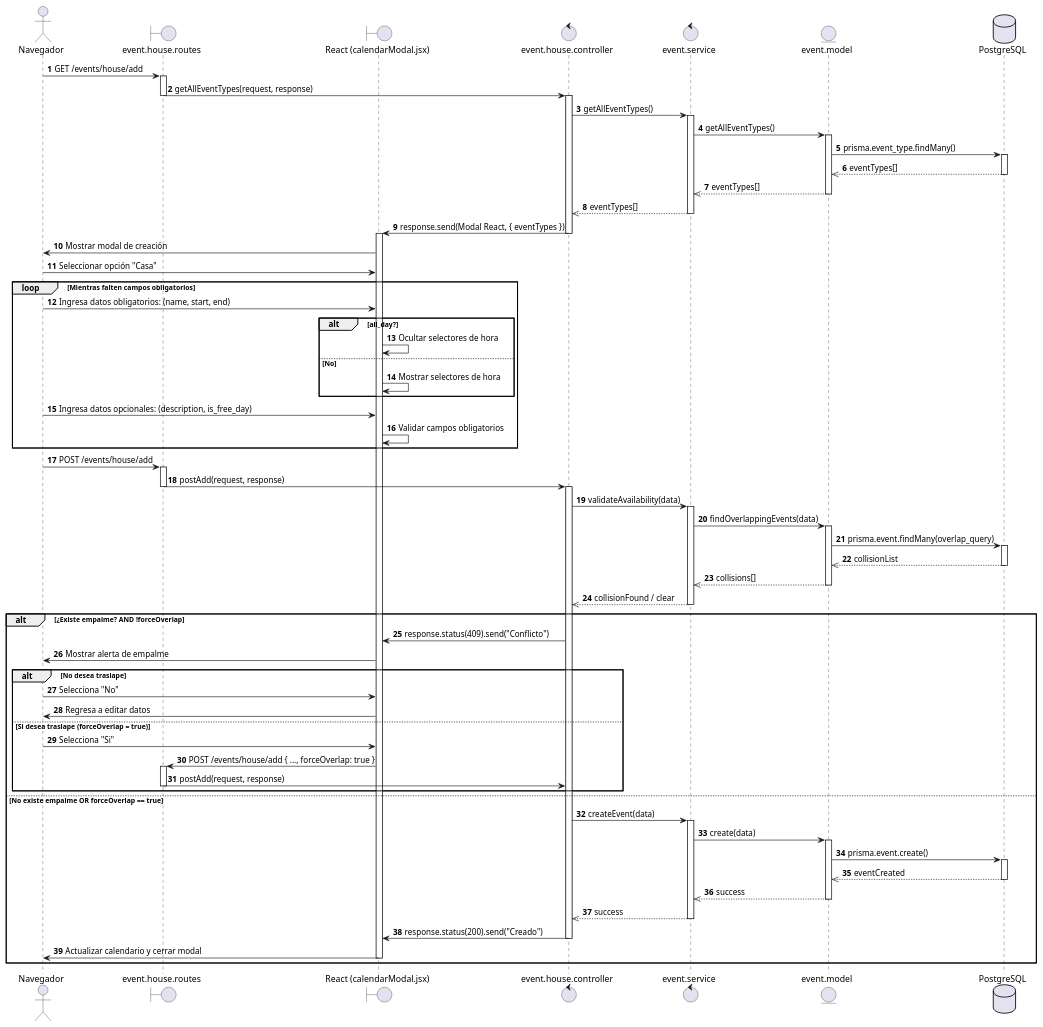
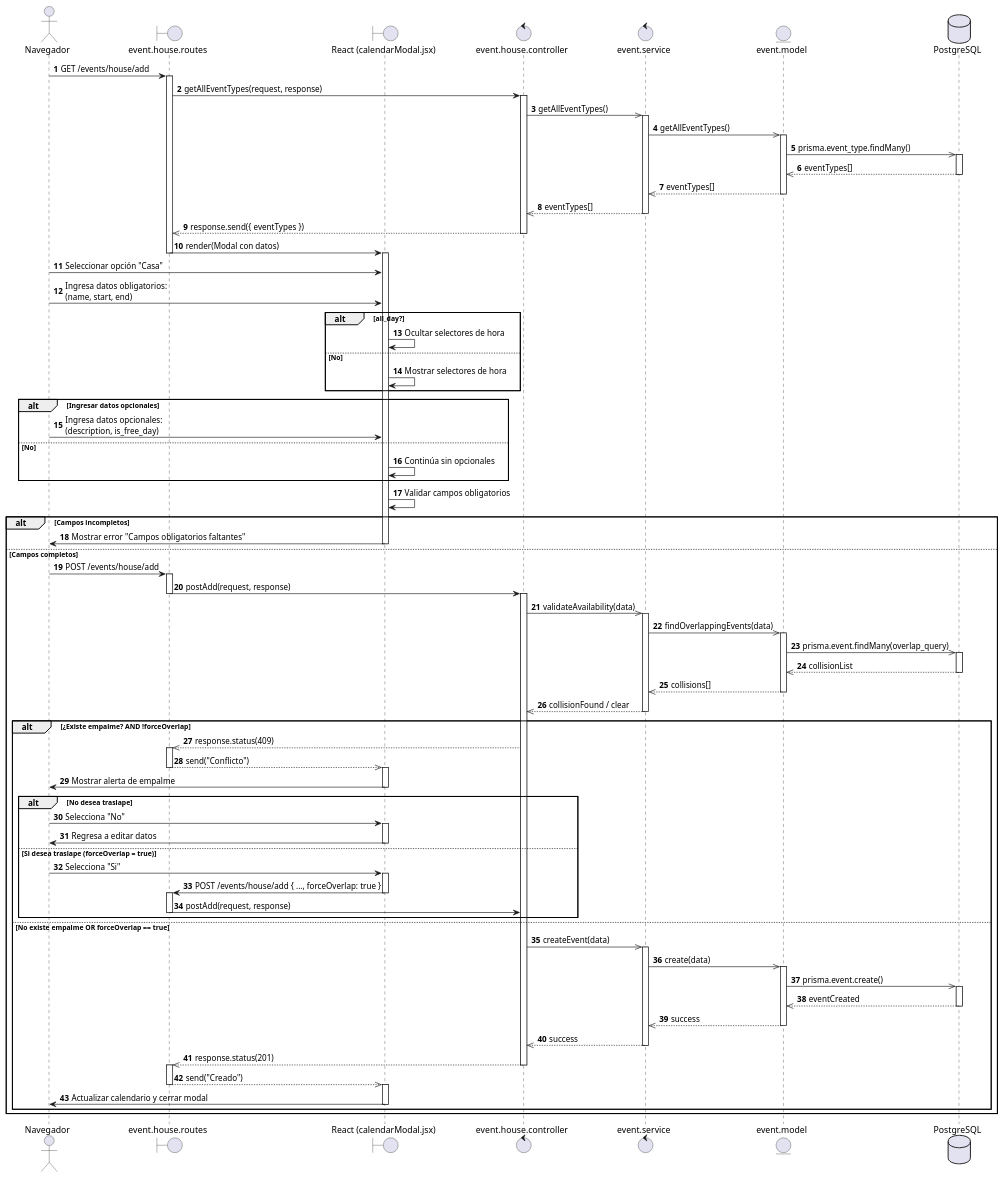
One commit to AztlanConsulting/RCHQ-Back changed the diagram in diagrams/Sequence diagram/US77.puml. Above: the diagram before and after it, drawn with PlantUML.

Commit message:
docs(DS): Se actualiza el diagrama de secuancia para la US77

```diff
--- a/diagrams/Sequence diagram/US77.puml
+++ b/diagrams/Sequence diagram/US77.puml
@@ -1,111 +1,132 @@
-@startuml HU - Coordinador registra evento de casa
+@startuml HU77 - Coordinador registra evento de casa
 
 actor Navegador
 boundary "event.house.routes" as routes
 boundary "React (calendarModal.jsx)" as ReactView
 control "event.house.controller" as controller
 control event.service
 entity event.model
 database PostgreSQL
 
 autonumber
 
 Navegador -> routes : GET /events/house/add
 activate routes
 
 routes -> controller : getAllEventTypes(request, response)
-deactivate routes
 activate controller
 
-controller -> event.service : getAllEventTypes()
+controller ->> event.service : getAllEventTypes()
 activate event.service
-event.service -> event.model : getAllEventTypes()
+event.service ->> event.model : getAllEventTypes()
 activate event.model
-event.model -> PostgreSQL : prisma.event_type.findMany()
+event.model ->> PostgreSQL : prisma.event_type.findMany()
 activate PostgreSQL
 PostgreSQL -->> event.model : eventTypes[]
 deactivate PostgreSQL
 event.model -->> event.service : eventTypes[]
 deactivate event.model
 event.service -->> controller : eventTypes[]
 deactivate event.service
 
-controller -> ReactView : response.send(Modal React, { eventTypes })
+controller -->> routes : response.send({ eventTypes })
 deactivate controller
+
+routes -> ReactView : render(Modal con datos)
+deactivate routes
 activate ReactView
 
-ReactView -> Navegador : Mostrar modal de creación
 Navegador -> ReactView : Seleccionar opción "Casa"
 
-loop Mientras falten campos obligatorios
-    Navegador -> ReactView : Ingresa datos obligatorios: (name, start, end)
-    
-    alt all_day?
-        ReactView -> ReactView : Ocultar selectores de hora
-    else No
-        ReactView -> ReactView : Mostrar selectores de hora
-    end
+Navegador -> ReactView : Ingresa datos obligatorios:\n(name, start, end)
 
-    Navegador -> ReactView : Ingresa datos opcionales: (description, is_free_day)
-
-    ReactView -> ReactView : Validar campos obligatorios
+alt all_day?
+    ReactView -> ReactView : Ocultar selectores de hora
+else No
+    ReactView -> ReactView : Mostrar selectores de hora
 end
 
-Navegador -> routes : POST /events/house/add
-activate routes
+alt Ingresar datos opcionales
+    Navegador -> ReactView : Ingresa datos opcionales:\n(description, is_free_day)
+else No
+    ReactView -> ReactView : Continúa sin opcionales
+end
 
-routes -> controller : postAdd(request, response)
-deactivate routes
-activate controller
+ReactView -> ReactView : Validar campos obligatorios
 
-controller -> event.service : validateAvailability(data)
-activate event.service
+alt Campos incompletos
+    ReactView -> Navegador : Mostrar error "Campos obligatorios faltantes"
+    deactivate ReactView
+else Campos completos
+    Navegador -> routes : POST /events/house/add
+    activate routes
 
-event.service -> event.model : findOverlappingEvents(data)
-activate event.model
-event.model -> PostgreSQL : prisma.event.findMany(overlap_query)
-activate PostgreSQL
-PostgreSQL -->> event.model : collisionList
-deactivate PostgreSQL
-event.model -->> event.service : collisions[]
-deactivate event.model
+    routes -> controller : postAdd(request, response)
+    deactivate routes
+    activate controller
 
-event.service -->> controller : collisionFound / clear
-deactivate event.service
+    controller ->> event.service : validateAvailability(data)
+    activate event.service
 
-alt ¿Existe empalme? AND !forceOverlap
-    controller -> ReactView : response.status(409).send("Conflicto")
-    ReactView -> Navegador : Mostrar alerta de empalme
-    
-    alt No desea traslape
-        Navegador -> ReactView : Selecciona "No"
-        ReactView -> Navegador : Regresa a editar datos
-    else Si desea traslape (forceOverlap = true)
-        Navegador -> ReactView : Selecciona "Si"
-        ReactView -> routes : POST /events/house/add { ..., forceOverlap: true }
-        activate routes
-        routes -> controller : postAdd(request, response)
-        deactivate routes
-    end
-    
-else No existe empalme OR forceOverlap == true
-    controller -> event.service : createEvent(data)
-    activate event.service
-    event.service -> event.model : create(data)
+    event.service ->> event.model : findOverlappingEvents(data)
     activate event.model
-    event.model -> PostgreSQL : prisma.event.create()
+    event.model ->> PostgreSQL : prisma.event.findMany(overlap_query)
     activate PostgreSQL
-    PostgreSQL -->> event.model : eventCreated
+    PostgreSQL -->> event.model : collisionList
     deactivate PostgreSQL
-    event.model -->> event.service : success
+    event.model -->> event.service : collisions[]
     deactivate event.model
-    event.service -->> controller : success
+
+    event.service -->> controller : collisionFound / clear
     deactivate event.service
 
-    controller -> ReactView : response.status(200).send("Creado")
-    deactivate controller
-    ReactView -> Navegador : Actualizar calendario y cerrar modal
-    deactivate ReactView
+    alt ¿Existe empalme? AND !forceOverlap
+        controller -->> routes : response.status(409)
+        activate routes
+        routes -->> ReactView : send("Conflicto")
+        deactivate routes
+        activate ReactView
+        ReactView -> Navegador : Mostrar alerta de empalme
+        deactivate ReactView
+        
+        alt No desea traslape
+            Navegador -> ReactView : Selecciona "No"
+            activate ReactView
+            ReactView -> Navegador : Regresa a editar datos
+            deactivate ReactView
+        else Si desea traslape (forceOverlap = true)
+            Navegador -> ReactView : Selecciona "Si"
+            activate ReactView
+            ReactView -> routes : POST /events/house/add { ..., forceOverlap: true }
+            deactivate ReactView
+            activate routes
+            routes -> controller : postAdd(request, response)
+            deactivate routes
+        end
+        
+    else No existe empalme OR forceOverlap == true
+        controller ->> event.service : createEvent(data)
+        activate event.service
+        event.service ->> event.model : create(data)
+        activate event.model
+        event.model ->> PostgreSQL : prisma.event.create()
+        activate PostgreSQL
+        PostgreSQL -->> event.model : eventCreated
+        deactivate PostgreSQL
+        event.model -->> event.service : success
+        deactivate event.model
+        event.service -->> controller : success
+        deactivate event.service
+
+        controller -->> routes : response.status(201)
+        deactivate controller
+        activate routes
+        routes -->> ReactView : send("Creado")
+        deactivate routes
+        activate ReactView
+        ReactView -> Navegador : Actualizar calendario y cerrar modal
+        deactivate ReactView
+    end
 end
 
 @enduml
```
